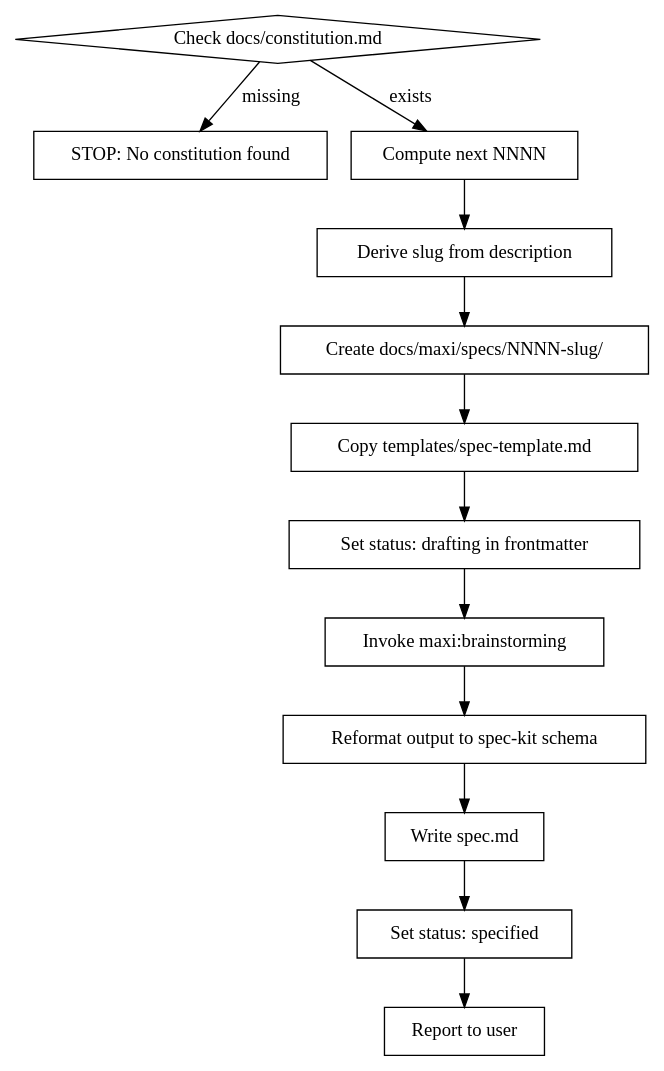
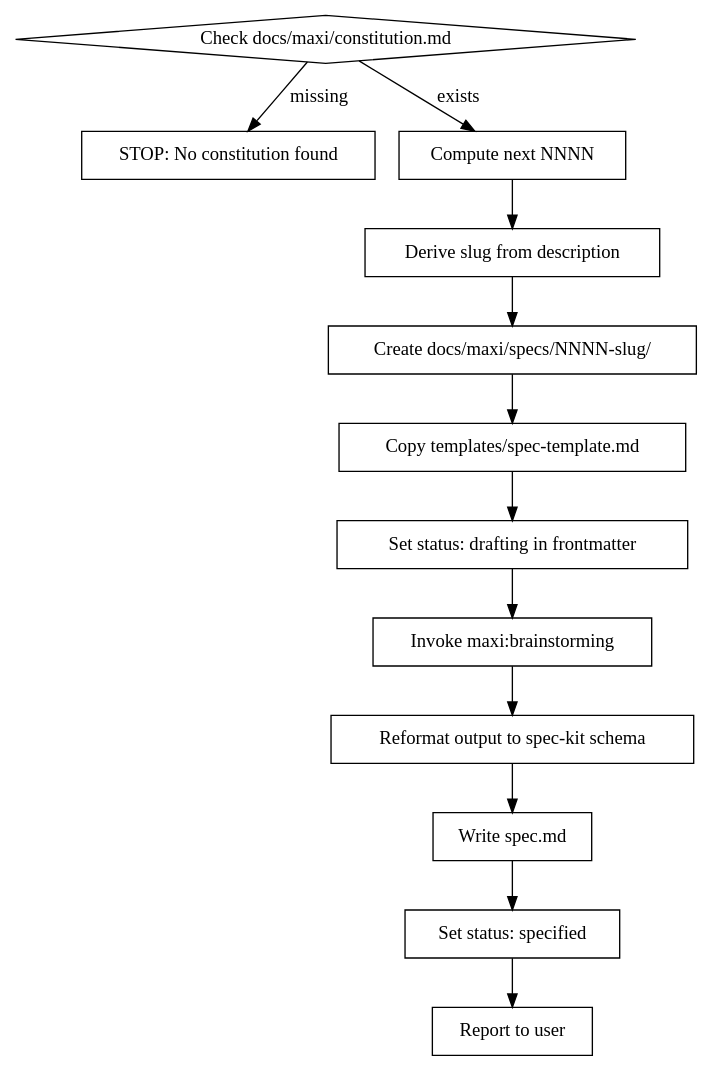
The diagram in skills/specify/SKILL.md (amoutiers/maxi-superpowers), drawn with Graphviz before and after one commit. The commit also changed other lines of this file and 20 other files, not shown here.

First line of the commit message:
feat(constitution): relocate to docs/maxi/constitution.md

````diff
--- a/skills/specify/SKILL.md
+++ b/skills/specify/SKILL.md
@@ -17,28 +17,28 @@
 ```dot
 digraph specify {
-    "Check docs/constitution.md" [shape=diamond];
+    "Check docs/maxi/constitution.md" [shape=diamond];
     "STOP: No constitution found" [shape=box];
     "Compute next NNNN" [shape=box];
     "Derive slug from description" [shape=box];
     "Create docs/maxi/specs/NNNN-slug/" [shape=box];
     "Copy templates/spec-template.md" [shape=box];
     "Set status: drafting in frontmatter" [shape=box];
     "Invoke maxi:brainstorming" [shape=box];
     "Reformat output to spec-kit schema" [shape=box];
     "Write spec.md" [shape=box];
     "Set status: specified" [shape=box];
     "Report to user" [shape=box];
 
-    "Check docs/constitution.md" -> "STOP: No constitution found" [label="missing"];
-    "Check docs/constitution.md" -> "Compute next NNNN" [label="exists"];
+    "Check docs/maxi/constitution.md" -> "STOP: No constitution found" [label="missing"];
+    "Check docs/maxi/constitution.md" -> "Compute next NNNN" [label="exists"];
     "Compute next NNNN" -> "Derive slug from description";
     "Derive slug from description" -> "Create docs/maxi/specs/NNNN-slug/";
     "Create docs/maxi/specs/NNNN-slug/" -> "Copy templates/spec-template.md";
     "Copy templates/spec-template.md" -> "Set status: drafting in frontmatter";
     "Set status: drafting in frontmatter" -> "Invoke maxi:brainstorming";
     "Invoke maxi:brainstorming" -> "Reformat output to spec-kit schema";
     "Reformat output to spec-kit schema" -> "Write spec.md";
     "Write spec.md" -> "Set status: specified";
     "Set status: specified" -> "Report to user";
 }
 ```
````
